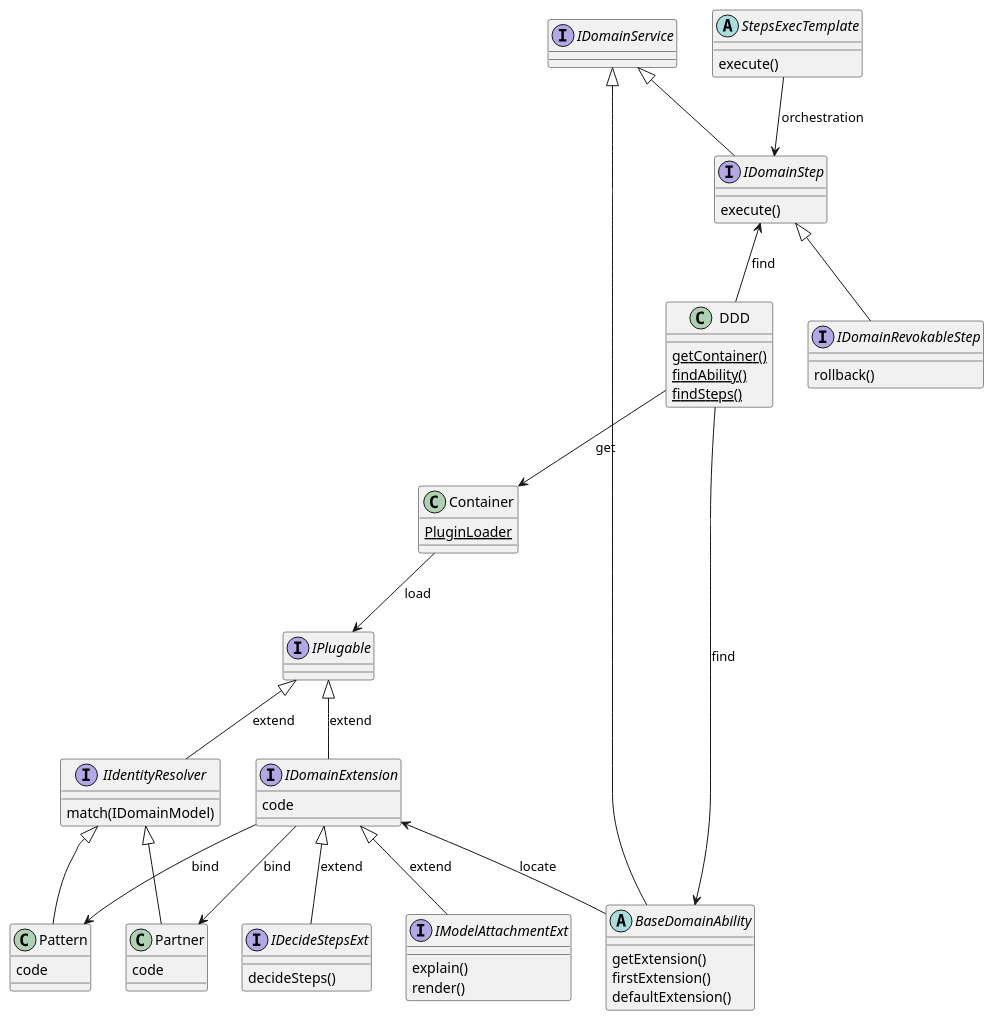
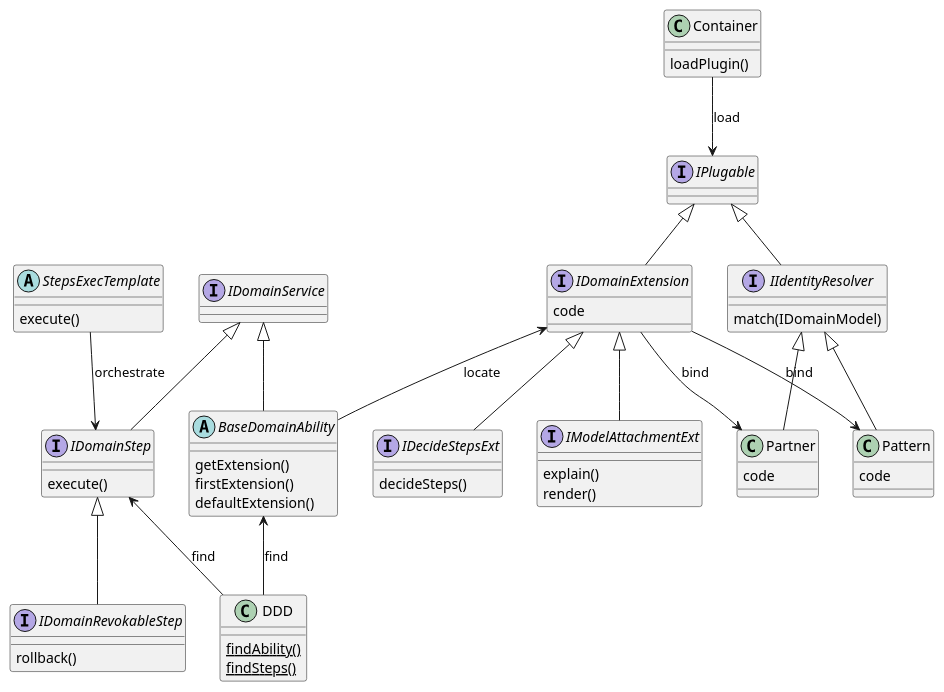
The diagram in doc/classes.puml (funkygao/cp-ddd-framework), drawn with PlantUML before and after one commit. The commit also changed 1 other file, not shown here.

Commit message:
simplify the class diagram

```diff
--- a/doc/classes.puml
+++ b/doc/classes.puml
@@ -1,59 +1,57 @@
 @startuml
 skinparam handwritten false
 skinparam shadowing<<with_shadow>> true
 
 interface IDomainService
 interface IDomainStep
 IDomainStep : execute()
 interface IDecideStepsExt
 interface IDomainRevokableStep
 IDomainRevokableStep : rollback()
 interface IIdentityResolver
 interface IDomainExtension
 interface IPlugable
-IPlugable <|-- IDomainExtension: extend
-IPlugable <|-- IIdentityResolver: extend
+IPlugable <|-- IDomainExtension
+IPlugable <|-- IIdentityResolver
 interface IModelAttachmentExt
 IModelAttachmentExt : explain()
 IModelAttachmentExt : render()
 abstract StepsExecTemplate
 abstract BaseDomainAbility
 BaseDomainAbility : getExtension()
 BaseDomainAbility : firstExtension()
 BaseDomainAbility : defaultExtension()
 StepsExecTemplate : execute()
-DDD : {static} getContainer()
 DDD : {static} findAbility()
 DDD : {static} findSteps()
 IDecideStepsExt : decideSteps()
 IIdentityResolver : match(IDomainModel)
 
 IDomainService <|-- IDomainStep
 IDomainStep <|-- IDomainRevokableStep
 IDomainService <|-- BaseDomainAbility
 
-IDomainExtension <|-- IDecideStepsExt: extend
-IDomainExtension <|-- IModelAttachmentExt: extend
+IDomainExtension <|-- IDecideStepsExt
+IDomainExtension <|-- IModelAttachmentExt
 
 IIdentityResolver <|-- Pattern
 IIdentityResolver <|-- Partner
 
 BaseDomainAbility <-- DDD: find
 IDomainStep <-- DDD: find
 
 IDomainExtension <-- BaseDomainAbility: locate
 
 IDomainExtension --> Pattern: bind
 IDomainExtension --> Partner: bind
 
-DDD --> Container : get
-Container : {static} PluginLoader
+Container : loadPlugin()
 
 Container --> IPlugable : load
 
 Partner : code
 Pattern : code
 IDomainExtension : code
 
-StepsExecTemplate --> IDomainStep: orchestration
+StepsExecTemplate --> IDomainStep: orchestrate
 @enduml
```
